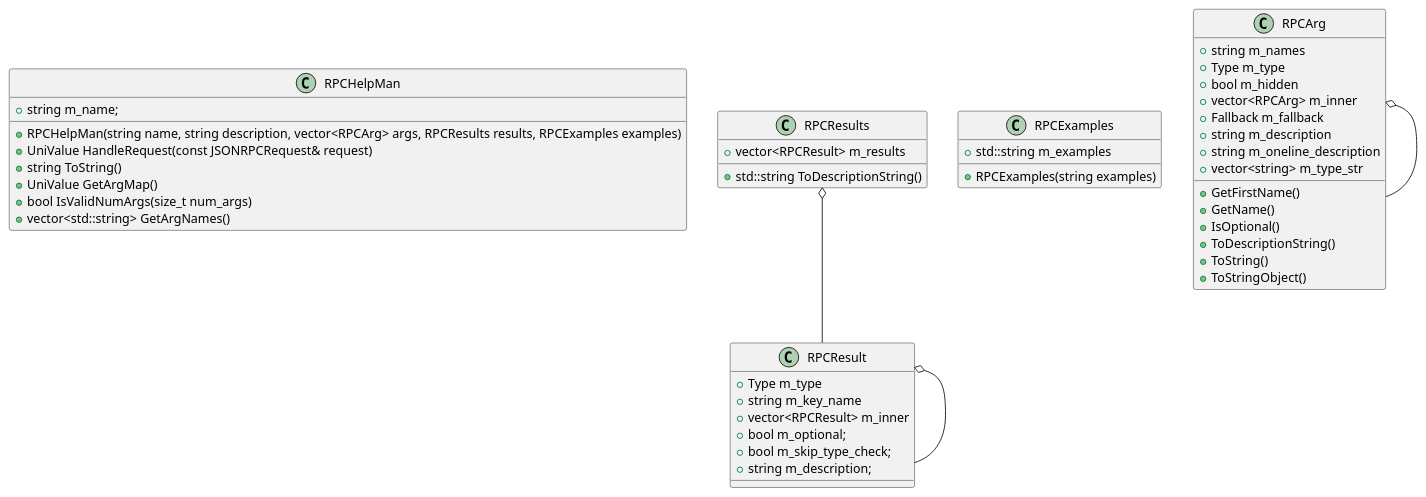
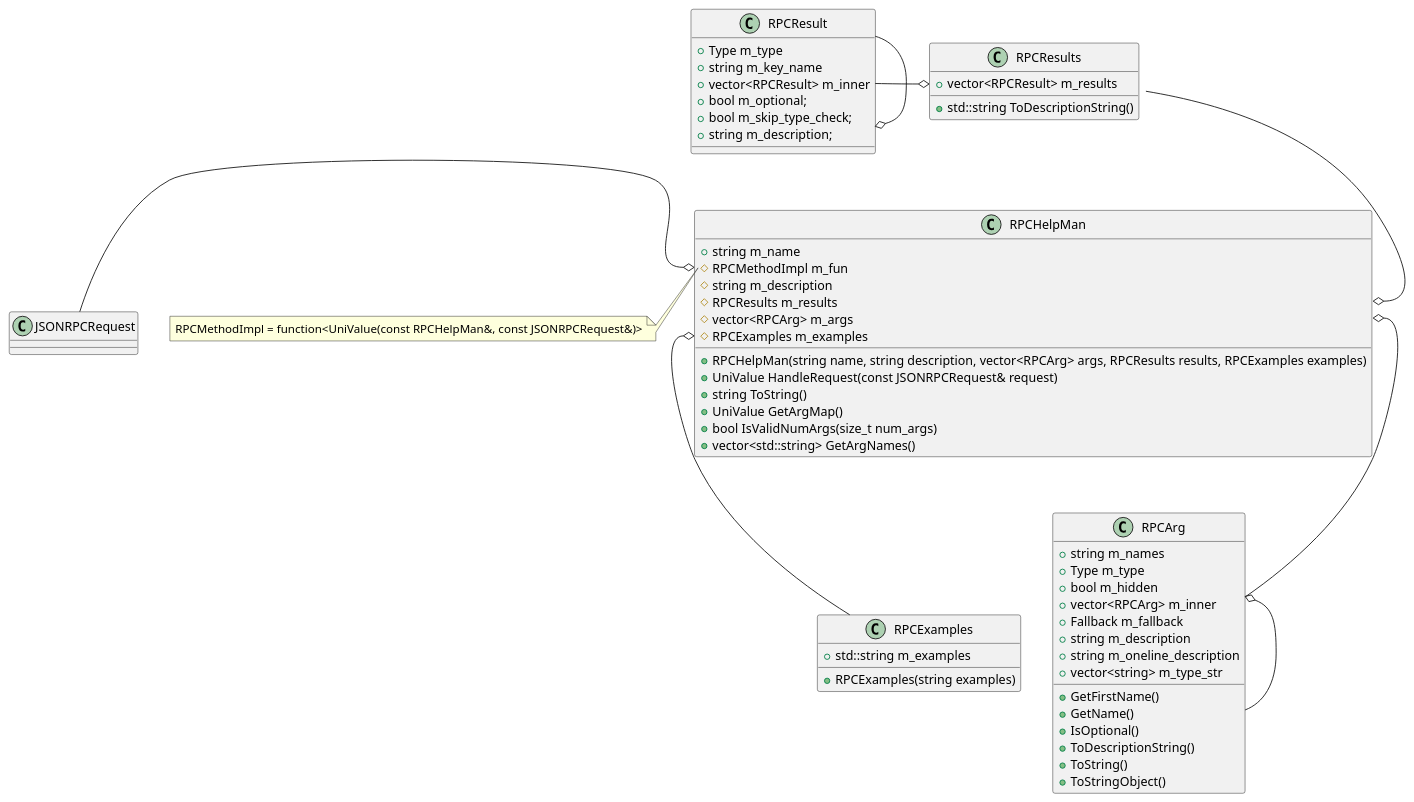
One commit to rserranon/Bitcoin-UML-Diagrams changed the diagram in RPC.plantuml. Above: the diagram before and after it, drawn with PlantUML. The commit also changed 3 other files, not shown here.

Commit message:
Add RPC classes diagram

```diff
--- a/RPC.plantuml
+++ b/RPC.plantuml
@@ -1,48 +1,60 @@
-@startuml Example
+@startuml RPC
     class RPCHelpMan
     class RPCResult
 class RPCHelpMan{
     +RPCHelpMan(string name, string description, vector<RPCArg> args, RPCResults results, RPCExamples examples)
     +UniValue HandleRequest(const JSONRPCRequest& request)
     +string ToString()
     +UniValue GetArgMap()
     +bool IsValidNumArgs(size_t num_args)
     +vector<std::string> GetArgNames()
-    +string m_name;
+    +string m_name
+    #RPCMethodImpl m_fun
+    #string m_description
+    #RPCResults m_results
+    #vector<RPCArg> m_args
+    #RPCExamples m_examples
 }
 class RPCResult {
     +Type m_type
     +string m_key_name
     +vector<RPCResult> m_inner
     +bool m_optional;
     +bool m_skip_type_check;
     +string m_description;
 }    
 class RPCResults {
     +vector<RPCResult> m_results
     +std::string ToDescriptionString()
 }    
 class RPCExamples {
     +std::string m_examples
     +RPCExamples(string examples)
 }
 class RPCArg {
     +GetFirstName()
     +GetName()
     +IsOptional()
     +ToDescriptionString()
     +ToString()
     +ToStringObject()
     +string m_names
     +Type m_type
     +bool m_hidden
     +vector<RPCArg> m_inner
     +Fallback m_fallback
     +string m_description
     +string m_oneline_description
     +vector<string> m_type_str
 }
-RPCResults o-- RPCResult
-RPCResult  o-- RPCResult
+RPCResult -o RPCResults::m_results
+RPCResult --o RPCResult
 RPCArg     o-- RPCArg
+RPCHelpMan::m_examples o-- RPCExamples
+JSONRPCRequest -o RPCHelpMan::m_fun
+RPCHelpMan::m_args o--  RPCArg
+RPCResults --o RPCHelpMan::m_results
+note left of RPCHelpMan::m_fun
+    RPCMethodImpl = function<UniValue(const RPCHelpMan&, const JSONRPCRequest&)>
+end note    
 @enduml
```
